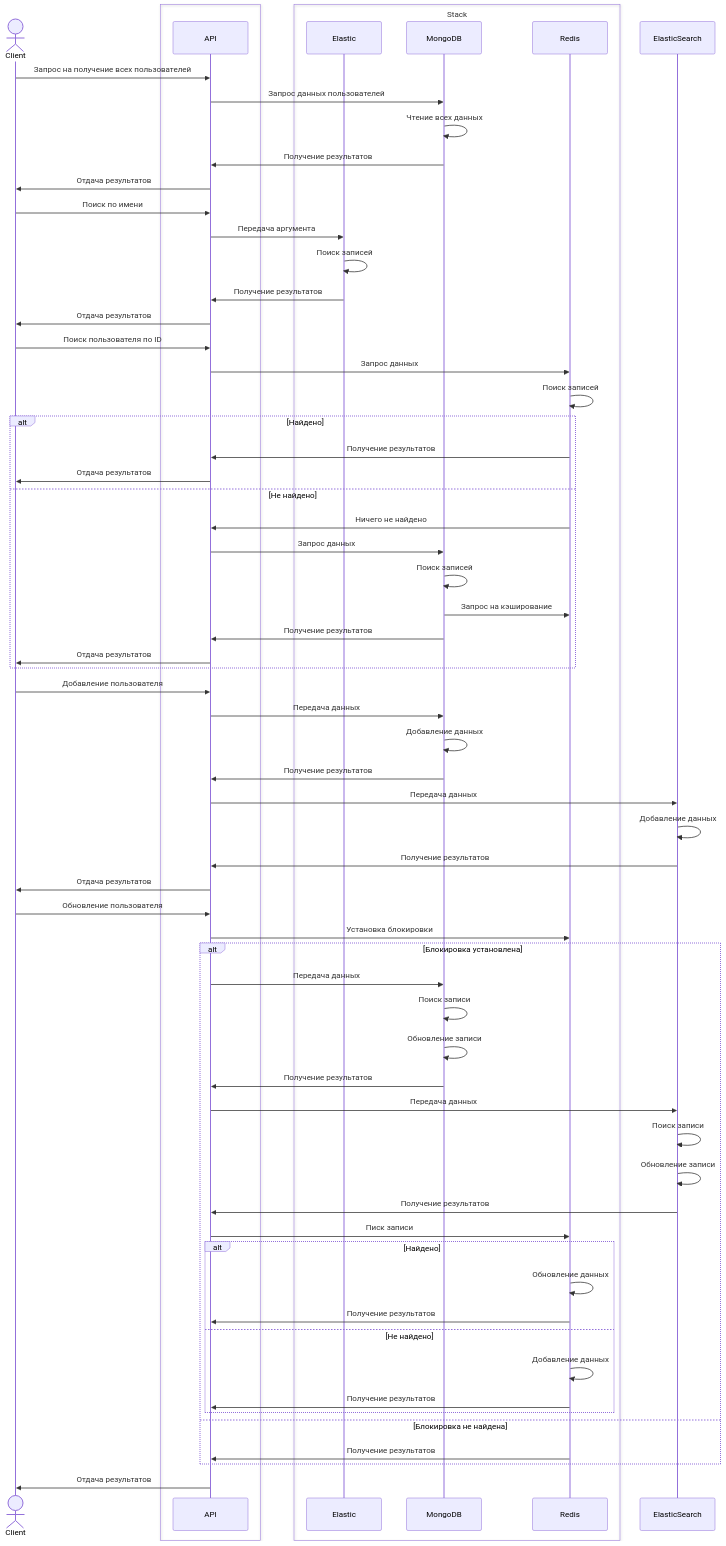
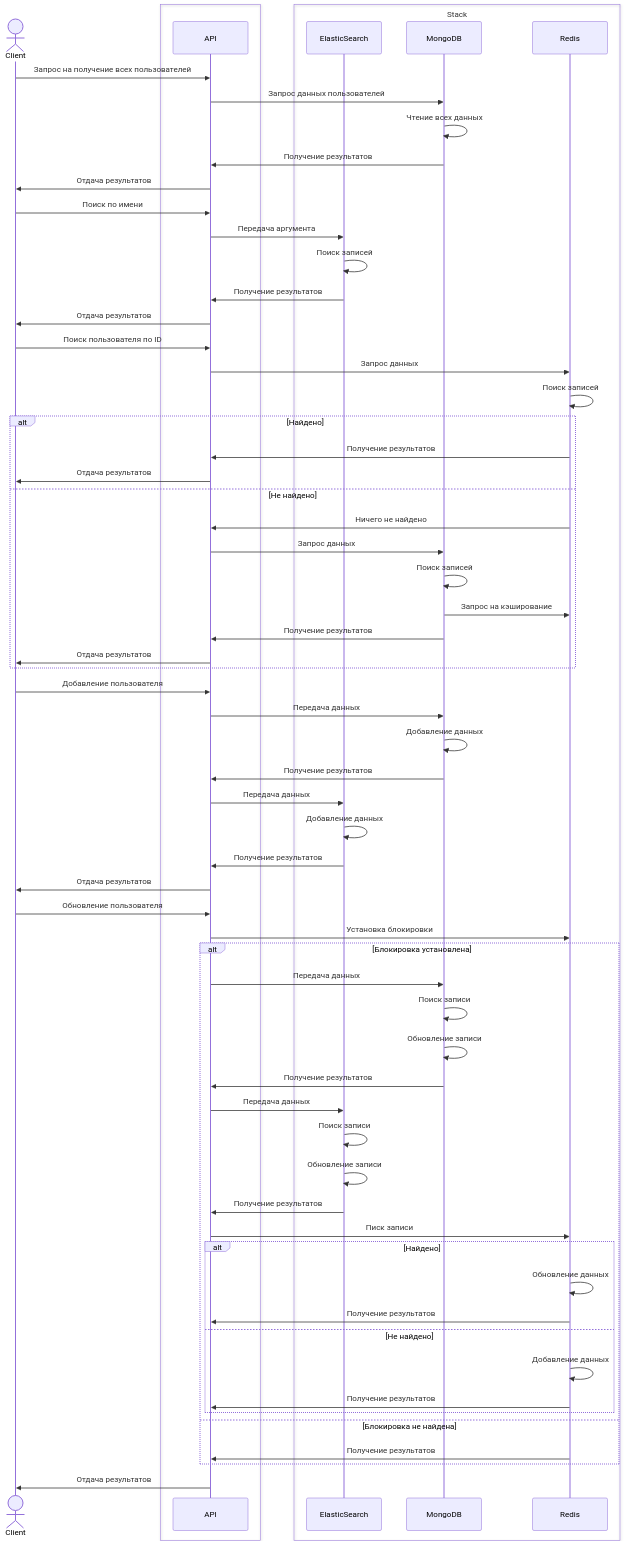
Before and after one commit to GGENOR1/Web: the diagram in README.md, drawn with Mermaid. The commit also changed other lines of this file, not shown here.

````diff
--- a/README.md
+++ b/README.md
@@ -96,77 +96,77 @@
 ```mermaid
 sequenceDiagram
     actor Client
     participant API
 box
     participant API
 end
     box Stack
-        participant Elastic 
+        participant ElasticSearch 
         participant MongoDB
         participant Redis
     end
 
     Client->>API: Запрос на получение всех пользователей
     API->>MongoDB: Запрос данных пользователей
     MongoDB->>MongoDB: Чтение всех данных
     MongoDB->>API: Получение результатов
     API->>Client: Отдача результатов
 
     Client->>API: Поиск по имени 
-    API->>Elastic: Передача аргумента
-    Elastic->>Elastic: Поиск записей
-    Elastic ->> API: Получение результатов
+    API->>ElasticSearch: Передача аргумента
+    ElasticSearch->>ElasticSearch: Поиск записей
+    ElasticSearch ->> API: Получение результатов
     API->>Client: Отдача результатов
 
     Client->>API: Поиск пользователя по ID
     API->>Redis: Запрос данных
     Redis->>Redis: Поиск записей
     alt Найдено
         Redis->>API: Получение результатов
         API->>Client: Отдача результатов
     else Не найдено
         Redis->>API: Ничего не найдено
         API->>MongoDB: Запрос данных
         MongoDB->>MongoDB: Поиск записей
         MongoDB->>Redis: Запрос на кэширование
         MongoDB->>API: Получение результатов
         API->>Client: Отдача результатов
     end
 
     Client->>API: Добавление пользователя
     API->>MongoDB: Передача данных
     MongoDB->>MongoDB: Добавление данных
     MongoDB->>API: Получение результатов
     API->>ElasticSearch: Передача данных
     ElasticSearch->>ElasticSearch: Добавление данных
     ElasticSearch->>API: Получение результатов
     API->>Client: Отдача результатов
 
 
     Client->>API: Обновление пользователя
     API->>Redis:Установка блокировки
     alt Блокировка установлена
        API->>MongoDB: Передача данных
        MongoDB->>MongoDB: Поиск записи
        MongoDB->>MongoDB: Обновление записи
        MongoDB->>API: Получение результатов
        API->>ElasticSearch: Передача данных
        ElasticSearch->>ElasticSearch: Поиск записи
        ElasticSearch->>ElasticSearch: Обновление записи
        ElasticSearch->>API: Получение результатов
        API->>Redis:Писк записи
         alt Найдено
             Redis->>Redis: Обновление данных
             Redis->>API: Получение результатов
            
        else Не найдено
             Redis->>Redis: Добавление данных
             Redis->>API: Получение результатов
 
       end
 else Блокировка не найдена
     Redis->>API: Получение результатов
 end
 API->>Client: Отдача результатов
 
 ```
````
